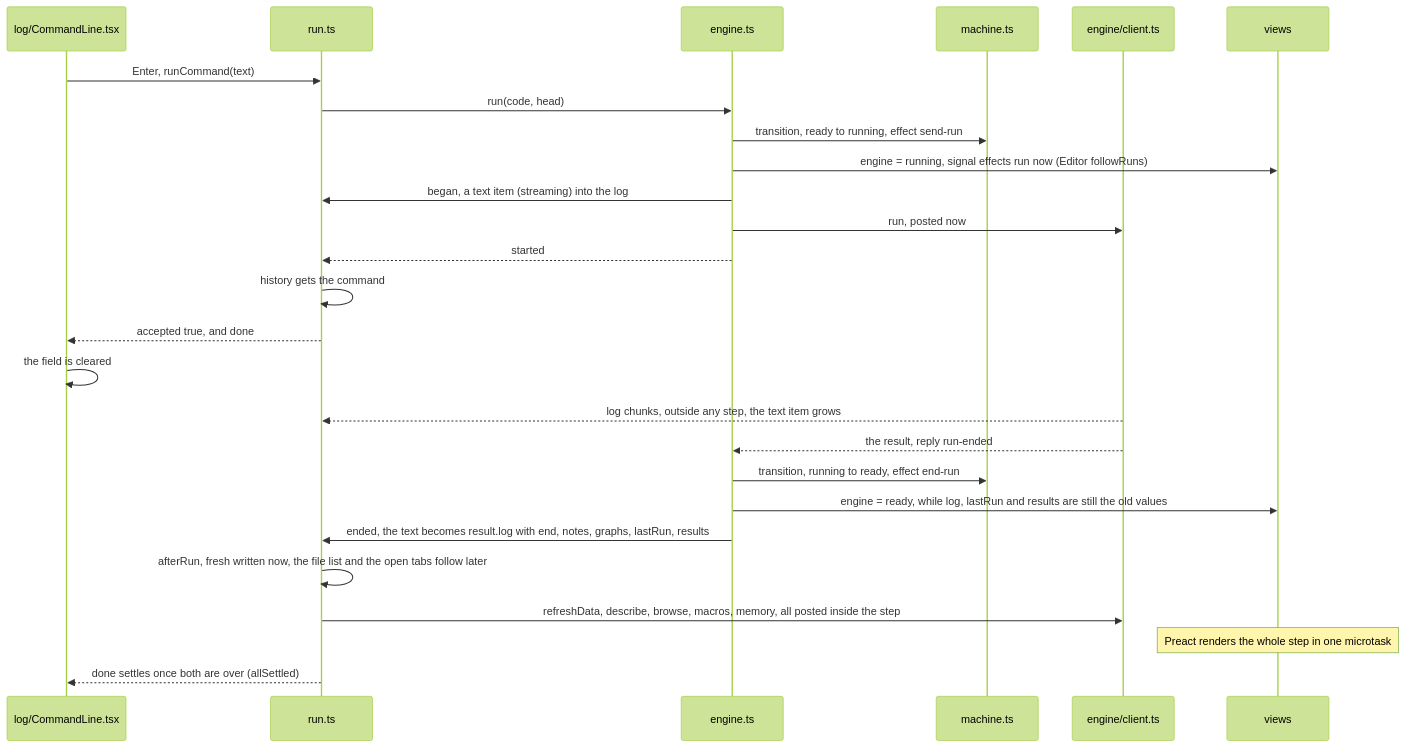
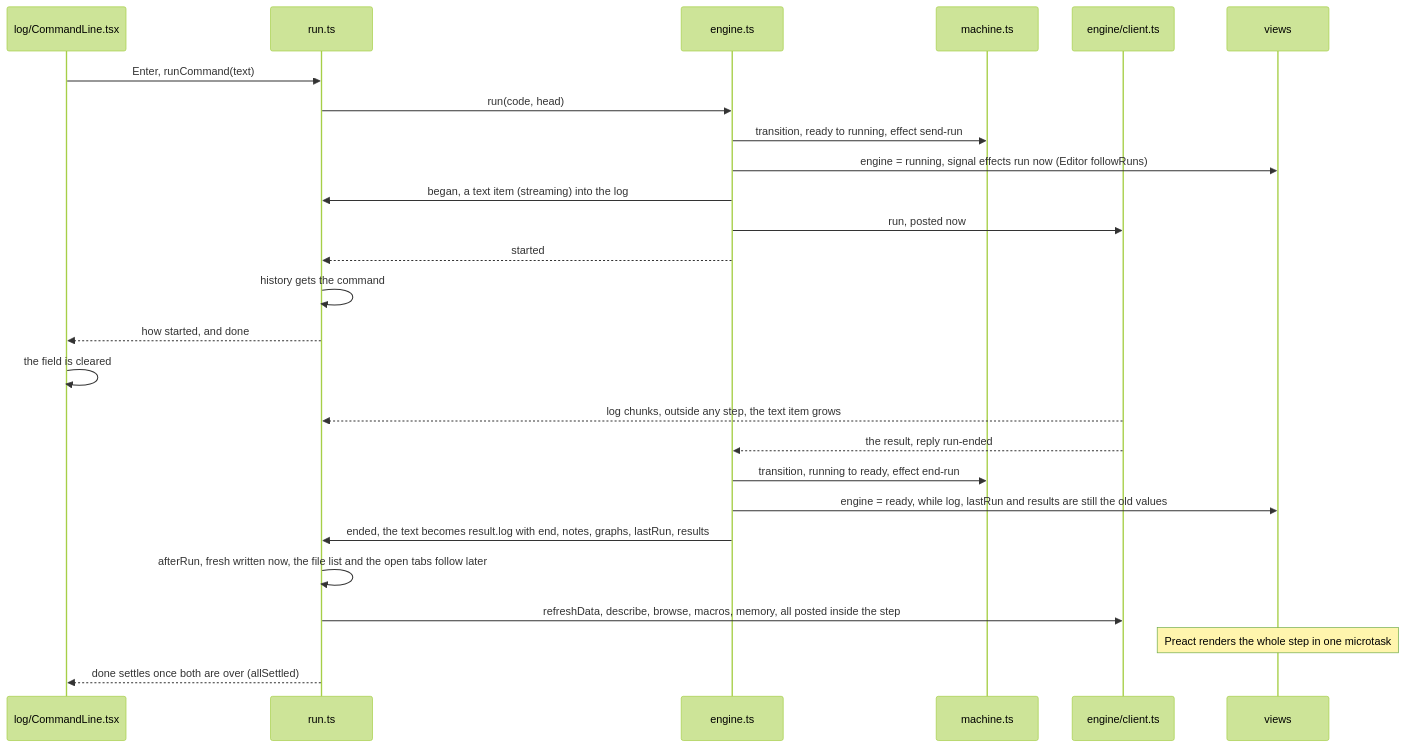
Before and after one commit to jeffzyliu/dofile: the eighth of 11 diagrams in docs/web-page-flows.md, drawn with Mermaid (forest theme). The commit also changed other lines of this file and 24 other files, not shown here.

````diff
--- a/docs/web-page-flows.md
+++ b/docs/web-page-flows.md
@@ -369,28 +362,28 @@
 ```mermaid
 sequenceDiagram
   participant CL as log/CommandLine.tsx
   participant R as run.ts
   participant E as engine.ts
   participant T as machine.ts
   participant C as engine/client.ts
   participant V as views
   CL->>R: Enter, runCommand(text)
   R->>E: run(code, head)
   E->>T: transition, ready to running, effect send-run
   E->>V: engine = running, signal effects run now (Editor followRuns)
   E->>R: began, a text item (streaming) into the log
   E->>C: run, posted now
   E-->>R: started
   R->>R: history gets the command
-  R-->>CL: accepted true, and done
+  R-->>CL: how started, and done
   CL->>CL: the field is cleared
   C-->>R: log chunks, outside any step, the text item grows
   C-->>E: the result, reply run-ended
   E->>T: transition, running to ready, effect end-run
   E->>V: engine = ready, while log, lastRun and results are still the old values
   E->>R: ended, the text becomes result.log with end, notes, graphs, lastRun, results
   R->>R: afterRun, fresh written now, the file list and the open tabs follow later
   R->>C: refreshData, describe, browse, macros, memory, all posted inside the step
   Note over V: Preact renders the whole step in one microtask
   R-->>CL: done settles once both are over (allSettled)
 ```
````
